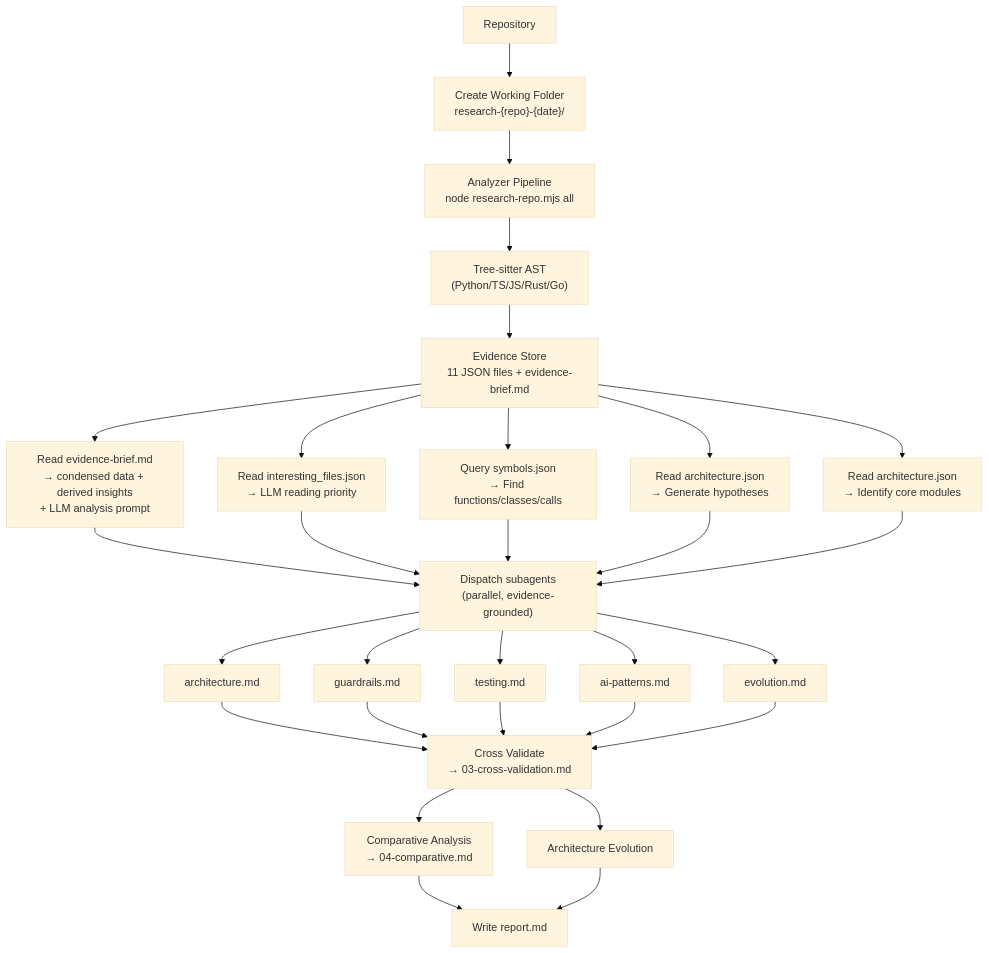
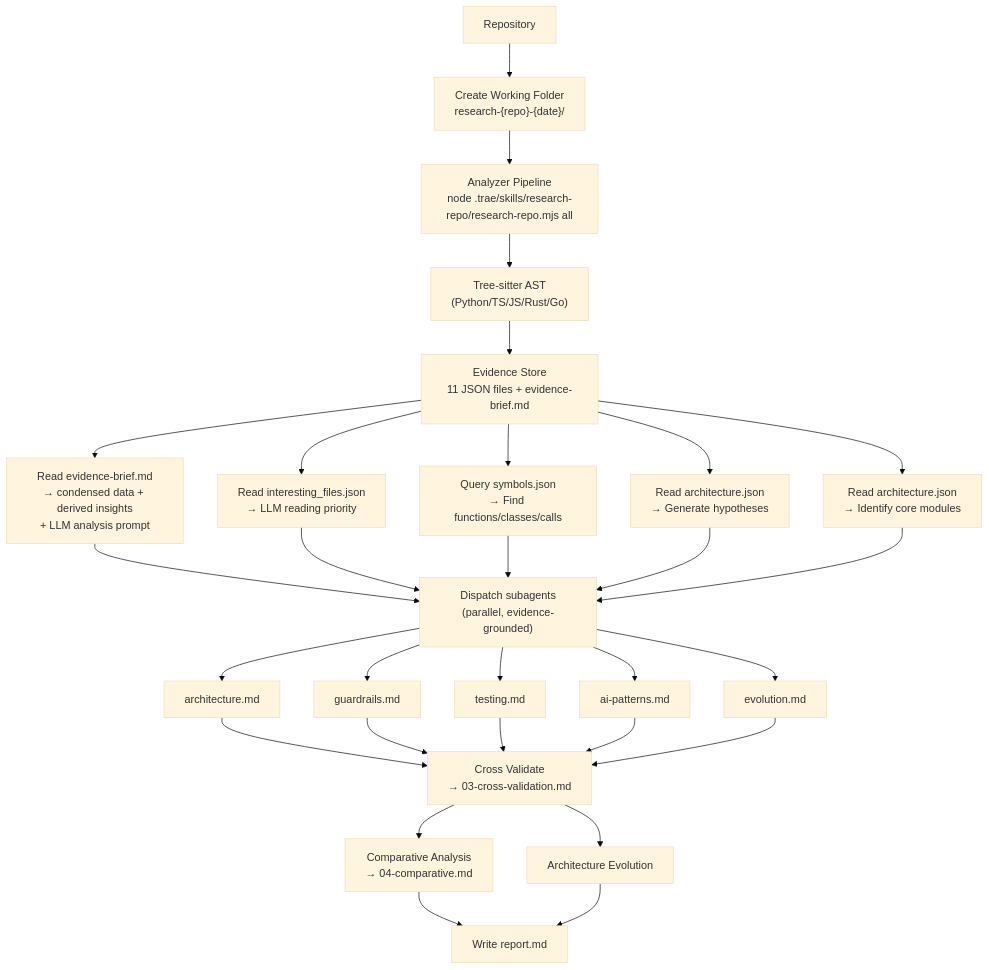
One commit to devweekly/devweekly.github.io changed the third of 3 diagrams in .trae/skills/research-repo/SKILL.md. Above: the diagram before and after it, drawn with Mermaid (base theme). The commit also changed other lines of this file and 4 other files, not shown here.

````diff
--- a/.trae/skills/research-repo/SKILL.md
+++ b/.trae/skills/research-repo/SKILL.md
@@ -489,38 +490,38 @@
 ```mermaid
 flowchart TD
   A[Repository] --> WF["Create Working Folder<br/>research-{repo}-{date}/"]
-  WF --> DA["Analyzer Pipeline<br/>node research-repo.mjs all"]
+  WF --> DA["Analyzer Pipeline<br/>node .trae/skills/research-repo/research-repo.mjs all"]
 
   DA --> TS["Tree-sitter AST<br/>(Python/TS/JS/Rust/Go)"]
   TS --> ES["Evidence Store<br/>11 JSON files + evidence-brief.md"]
 
   ES --> BRIEF["Read evidence-brief.md<br/>→ condensed data + derived insights<br/>+ LLM analysis prompt"]
   ES --> RANK["Read interesting_files.json<br/>→ LLM reading priority"]
   ES --> SYM["Query symbols.json<br/>→ Find functions/classes/calls"]
   ES --> HYP["Read architecture.json<br/>→ Generate hypotheses"]
   ES --> ARCH["Read architecture.json<br/>→ Identify core modules"]
 
   BRIEF --> E["Dispatch subagents<br/>(parallel, evidence-grounded)"]
   RANK --> E
   SYM --> E
   HYP --> E
   ARCH --> E
 
   E --> E1["architecture.md"]
   E --> E2["guardrails.md"]
   E --> E3["testing.md"]
   E --> E4["ai-patterns.md"]
   E --> E5["evolution.md"]
 
   E1 --> F["Cross Validate<br/>→ 03-cross-validation.md"]
   E2 --> F
   E3 --> F
   E4 --> F
   E5 --> F
 
   F --> CA["Comparative Analysis<br/>→ 04-comparative.md"]
   F --> EV["Architecture Evolution"]
 
   CA --> M["Write report.md"]
   EV --> M
 ```
````
